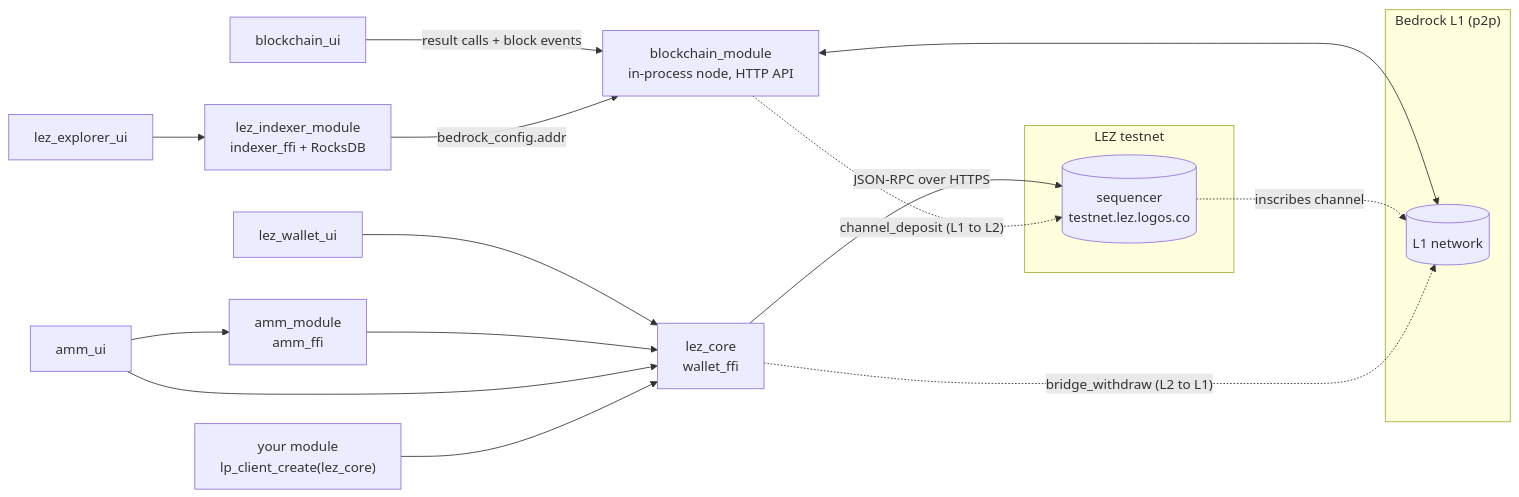
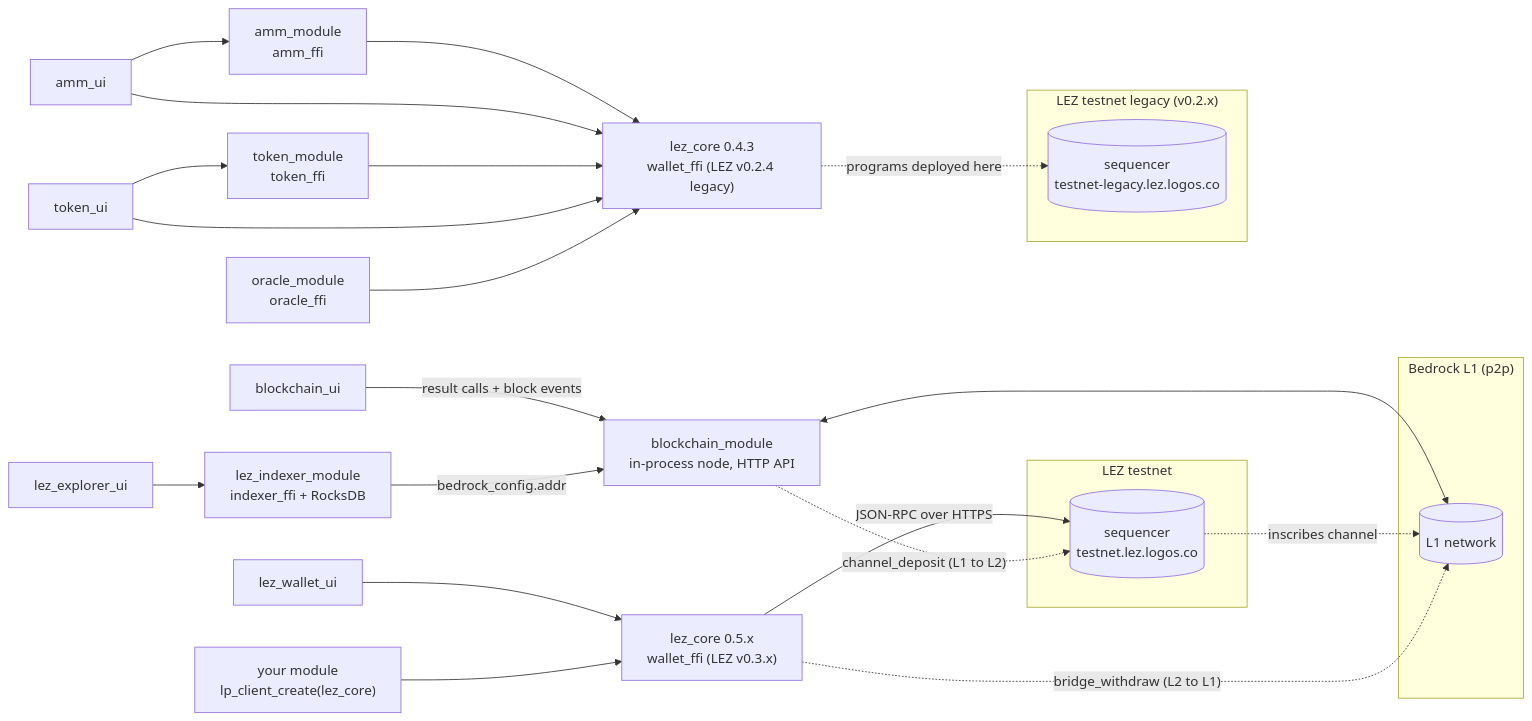
The diagram in stacks/blockchain-lez.md (corpetty/logos-module-atlas), drawn with Mermaid before and after one commit. The commit also changed other lines of this file and 6 other files, not shown here.

````diff
--- a/stacks/blockchain-lez.md
+++ b/stacks/blockchain-lez.md
@@ -43,21 +52,28 @@
 ```mermaid
 flowchart LR
   subgraph L1["Bedrock L1 (p2p)"]
     NET1[("L1 network")]
   end
   subgraph LEZ["LEZ testnet"]
     SEQ[("sequencer<br/>testnet.lez.logos.co")]
   end
+  subgraph LEZL["LEZ testnet legacy (v0.2.x)"]
+    SEQL[("sequencer<br/>testnet-legacy.lez.logos.co")]
+  end
   BUI["blockchain_ui"] -->|"result calls + block events"| BCM["blockchain_module<br/>in-process node, HTTP API"]
   BCM <--> NET1
-  WUI["lez_wallet_ui"] --> LC["lez_core<br/>wallet_ffi"]
-  AUI["amm_ui"] --> AM["amm_module<br/>amm_ffi"] --> LC
-  AUI --> LC
+  WUI["lez_wallet_ui"] --> LC["lez_core 0.5.x<br/>wallet_ffi (LEZ v0.3.x)"]
+  AUI["amm_ui"] --> AM["amm_module<br/>amm_ffi"] --> LCL["lez_core 0.4.3<br/>wallet_ffi (LEZ v0.2.4 legacy)"]
+  AUI --> LCL
+  TUI["token_ui"] --> TM["token_module<br/>token_ffi"] --> LCL
+  TUI --> LCL
+  OM["oracle_module<br/>oracle_ffi"] --> LCL
   EXT["your module<br/>lp_client_create(lez_core)"] --> LC
   LC -->|"JSON-RPC over HTTPS"| SEQ
+  LCL -.->|"programs deployed here"| SEQL
   SEQ -.->|"inscribes channel"| NET1
   EXP["lez_explorer_ui"] --> IDX["lez_indexer_module<br/>indexer_ffi + RocksDB"]
   IDX -->|"bedrock_config.addr"| BCM
   BCM -.->|"channel_deposit (L1 to L2)"| SEQ
   LC -.->|"bridge_withdraw (L2 to L1)"| NET1
 ```
````
